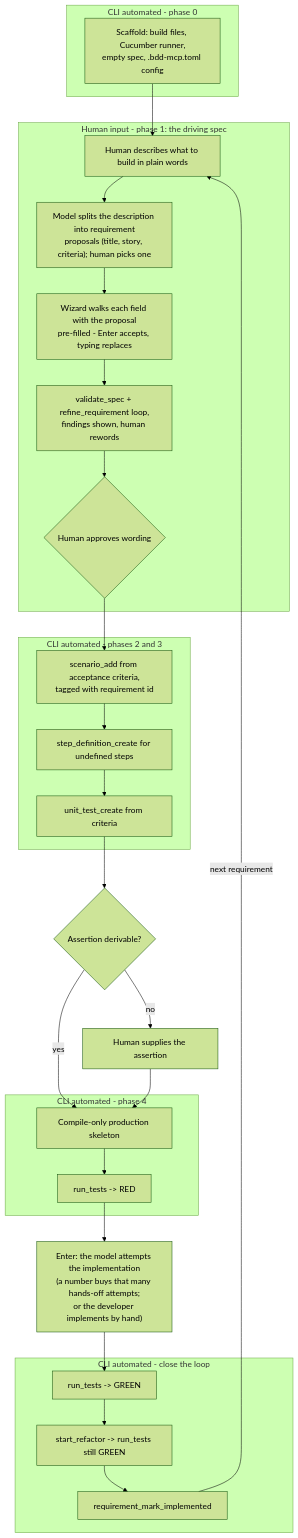
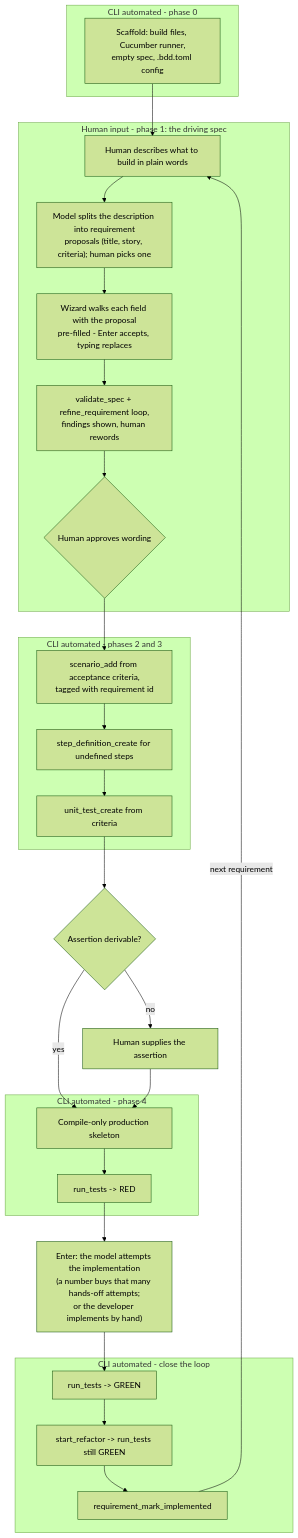
One commit to davidparry/spec-driven-agentic changed the diagram in cli/README.md. Above: the diagram before and after it, drawn with Mermaid (forest theme). The commit also changed other lines of this file and 63 other files, not shown here.

````diff
--- a/cli/README.md
+++ b/cli/README.md
@@ -655,41 +660,41 @@
 ```mermaid
 flowchart TD
     subgraph auto0 [CLI automated - phase 0]
-        scaffold["Scaffold: build files, Cucumber runner,<br/>empty spec, .bdd-mcp.toml config"]
+        scaffold["Scaffold: build files, Cucumber runner,<br/>empty spec, .bdd.toml config"]
     end
     subgraph human1 [Human input - phase 1: the driving spec]
         describe["Human describes what to build in plain words"]
         split["Model splits the description into requirement<br/>proposals (title, story, criteria); human picks one"]
         draft["Wizard walks each field with the proposal<br/>pre-filled - Enter accepts, typing replaces"]
         vloop["validate_spec + refine_requirement loop,<br/>findings shown, human rewords"]
         approve{"Human approves wording"}
         describe --> split --> draft --> vloop --> approve
     end
     subgraph auto2 [CLI automated - phases 2 and 3]
         gherkin["scenario_add from acceptance criteria,<br/>tagged with requirement id"]
         stepdefs["step_definition_create for undefined steps"]
         unit["unit_test_create from criteria"]
         gherkin --> stepdefs --> unit
     end
     ask{"Assertion derivable?"}
     humanUnit["Human supplies the assertion"]
     subgraph auto4 [CLI automated - phase 4]
         skeleton["Compile-only production skeleton"]
         redRun["run_tests -> RED"]
         skeleton --> redRun
     end
     implement["Enter: the model attempts the implementation<br/>(a number buys that many hands-off attempts;<br/>or the developer implements by hand)"]
     subgraph auto5 [CLI automated - close the loop]
         greenRun["run_tests -> GREEN"]
         refactorGate["start_refactor -> run_tests still GREEN"]
         markDone["requirement_mark_implemented"]
         greenRun --> refactorGate --> markDone
     end
     scaffold --> describe
     approve --> gherkin
     unit --> ask
     ask -->|yes| skeleton
     ask -->|no| humanUnit --> skeleton
     redRun --> implement --> greenRun
     markDone -->|"next requirement"| describe
 ```
````
